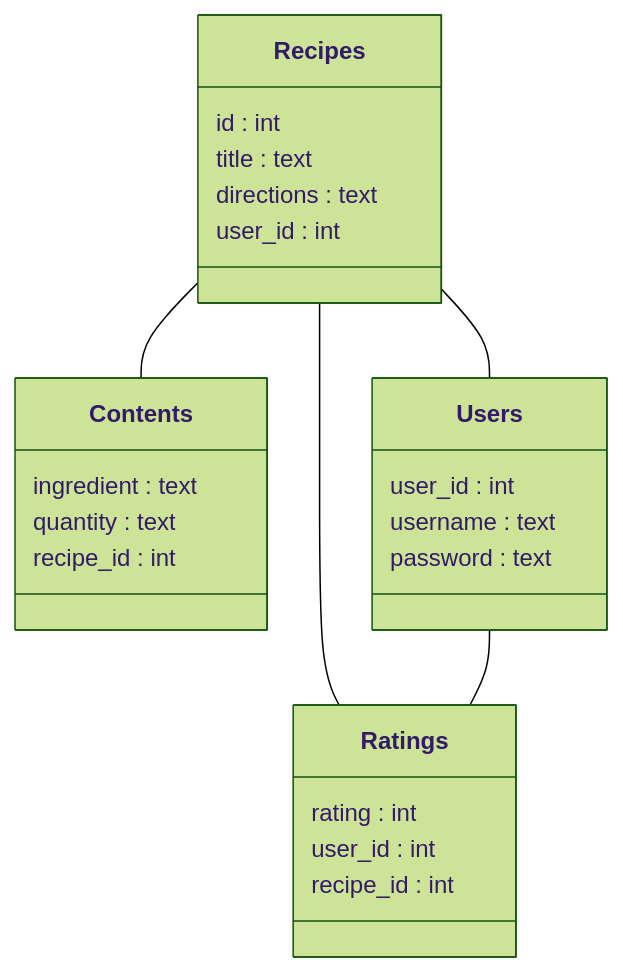
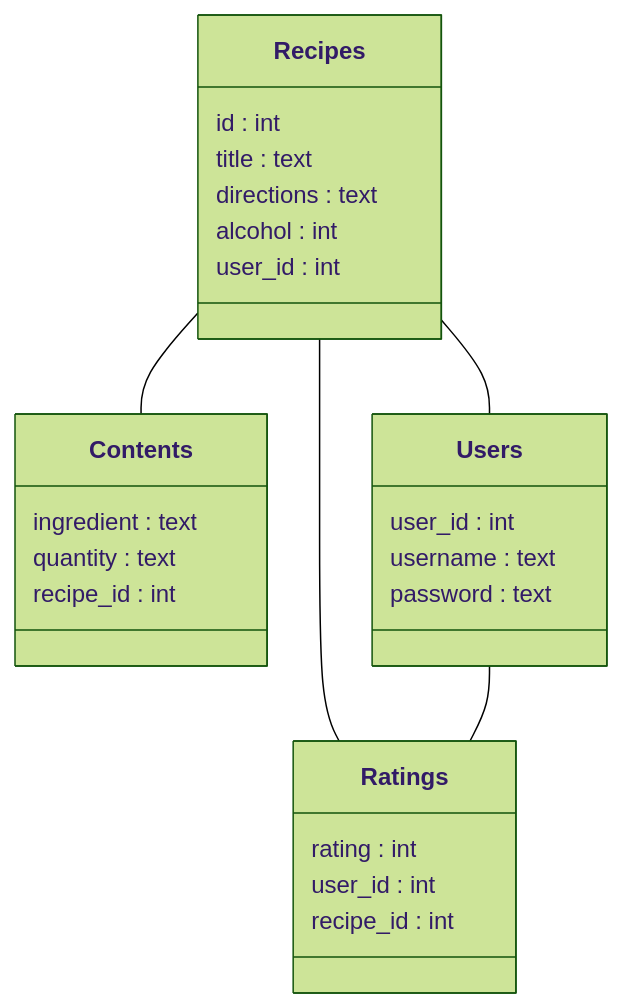
The diagram in documentation/database_schema.md (heliparv/mixological), drawn with Mermaid (forest theme) before and after one commit.

Commit message:
Update database documentation

````diff
--- a/documentation/database_schema.md
+++ b/documentation/database_schema.md
@@ -1,28 +1,29 @@
 ```mermaid
 classDiagram
     class Recipes{
         id : int
         title : text
         directions : text
+        alcohol : int
         user_id : int
     } 
     class Contents{
         ingredient : text
         quantity : text
         recipe_id : int
     }
     class Ratings{
         rating : int
         user_id : int
         recipe_id : int
     }
     class Users{
         user_id : int
         username : text
         password : text
     }
     Recipes -- Users
     Recipes -- Contents
     Recipes -- Ratings
     Users -- Ratings
 ```
````
